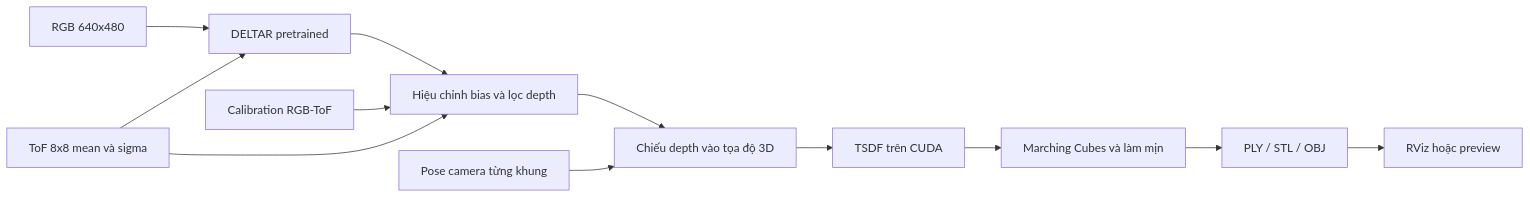
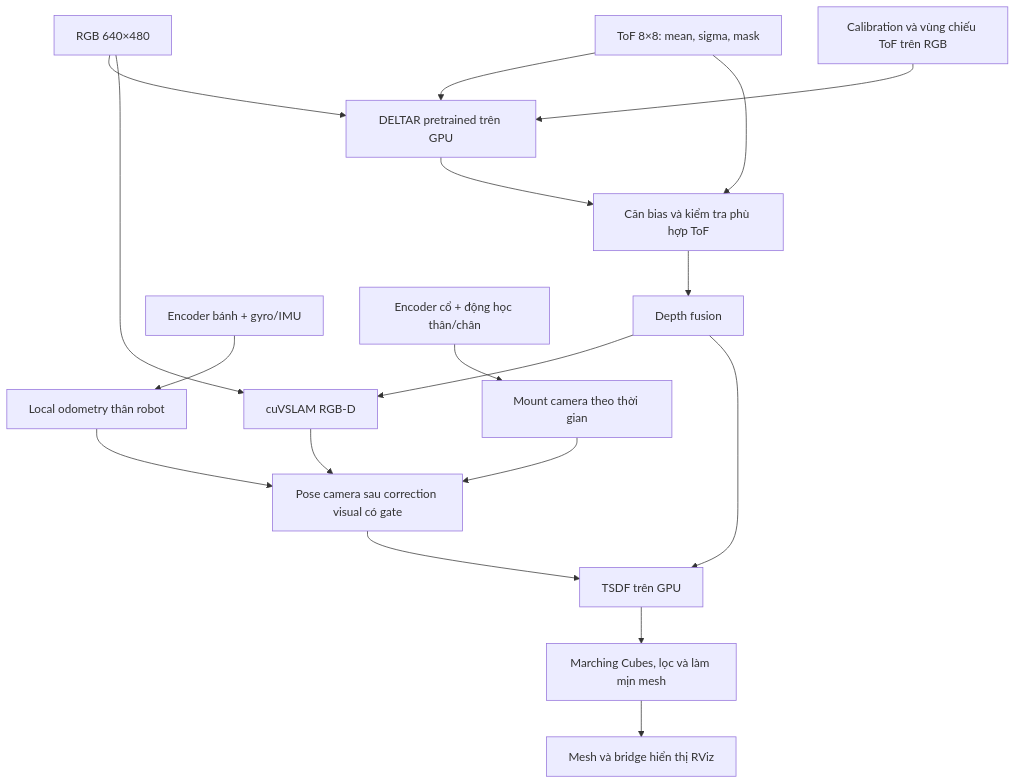
The diagram in technology/scan3d_fusion/README.md (DangTinhPat/temSlam), drawn with Mermaid before and after one commit. The commit also changed other lines of this file and 39 other files, not shown here.

````diff
--- a/technology/scan3d_fusion/README.md
+++ b/technology/scan3d_fusion/README.md
@@ -9,14 +69,22 @@
 ```mermaid
-flowchart LR
-    A[RGB 640x480] --> D[DELTAR pretrained]
-    B[ToF 8x8 mean và sigma] --> D
-    B --> E[Hiệu chỉnh bias và lọc depth]
-    D --> E
-    C[Calibration RGB-ToF] --> E
-    F[Pose camera từng khung] --> G[Chiếu depth vào tọa độ 3D]
-    E --> G
-    G --> H[TSDF trên CUDA]
-    H --> I[Marching Cubes và làm mịn]
-    I --> J[PLY / STL / OBJ]
-    J --> K[RViz hoặc preview]
+flowchart TD
+    A[RGB 640×480] --> D[DELTAR pretrained trên GPU]
+    B[ToF 8×8: mean, sigma, mask] --> D
+    C[Calibration và vùng chiếu ToF trên RGB] --> D
+    D --> E[Căn bias và kiểm tra phù hợp ToF]
+    B --> E
+    E --> F[Depth fusion]
+
+    A --> G[cuVSLAM RGB-D]
+    F --> G
+    H[Encoder bánh + gyro/IMU] --> I[Local odometry thân robot]
+    J[Encoder cổ + động học thân/chân] --> K[Mount camera theo thời gian]
+    G --> L[Pose camera sau correction visual có gate]
+    I --> L
+    K --> L
+
+    F --> M[TSDF trên GPU]
+    L --> M
+    M --> N[Marching Cubes, lọc và làm mịn mesh]
+    N --> O[Mesh và bridge hiển thị RViz]
 ```
````
